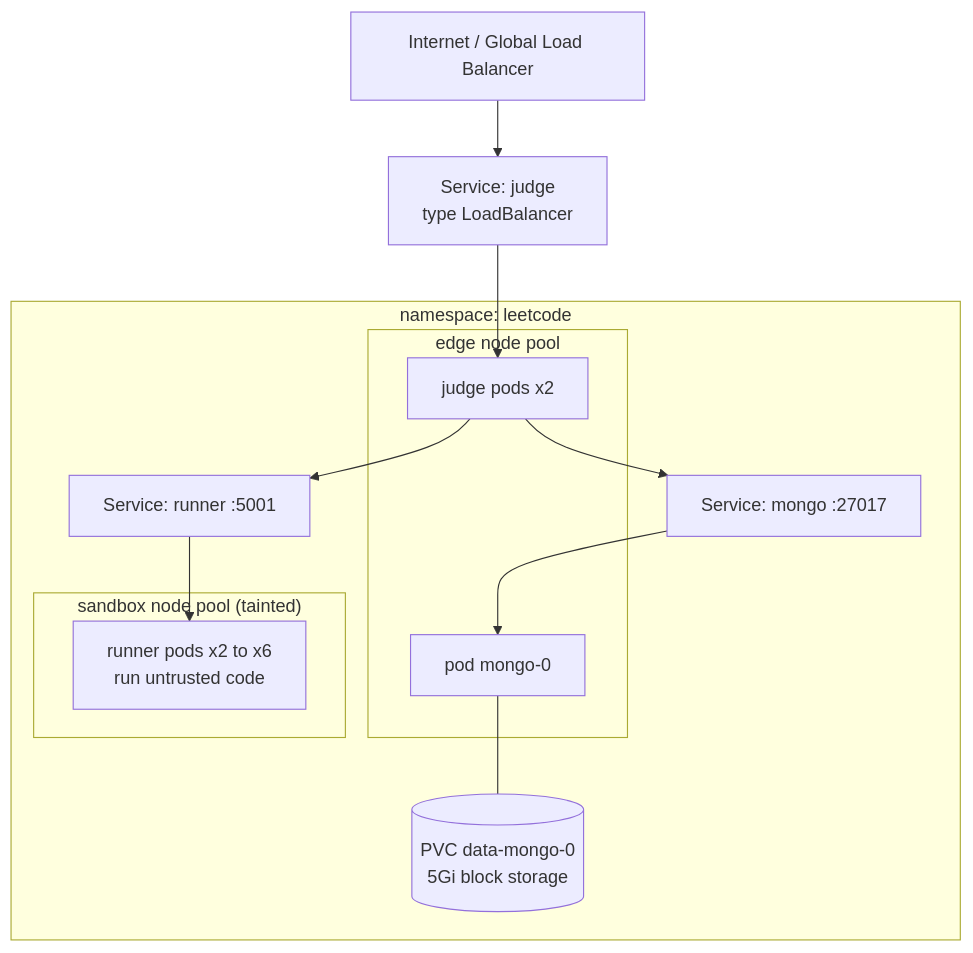
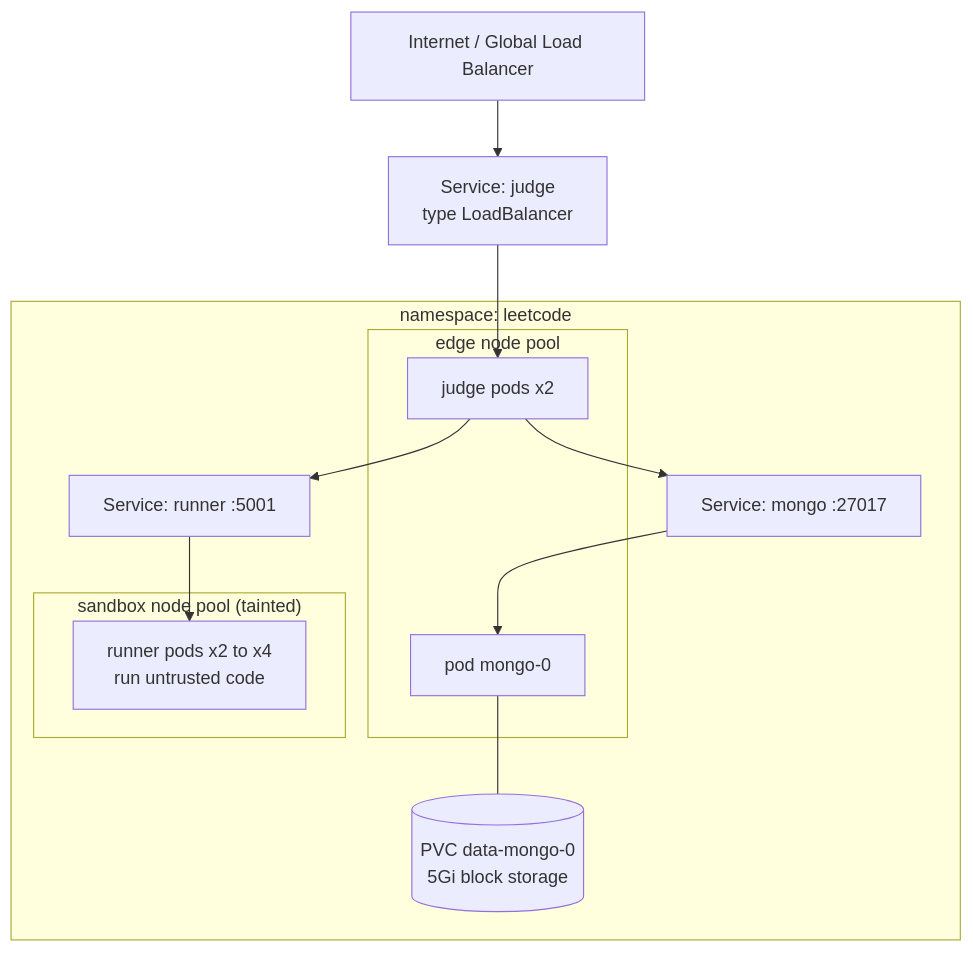
The second of 6 diagrams in leepcodev2/GUIDE.md (ShivanshKumar760/devops_v2), drawn with Mermaid before and after one commit. The commit also changed other lines of this file and 11 other files, not shown here.

````diff
--- a/leepcodev2/GUIDE.md
+++ b/leepcodev2/GUIDE.md
@@ -145,22 +126,20 @@
 ```mermaid
 flowchart TB
     net["Internet / Global Load Balancer"] --> svcj["Service: judge<br/>type LoadBalancer"]
-
     subgraph ns["namespace: leetcode"]
         subgraph edgepool["edge node pool"]
             judge["judge pods x2"]
             mongo["pod mongo-0"]
         end
         subgraph sandboxpool["sandbox node pool (tainted)"]
-            runner["runner pods x2 to x6<br/>run untrusted code"]
+            runner["runner pods x2 to x4<br/>run untrusted code"]
         end
         svcr["Service: runner :5001"]
         svcm["Service: mongo :27017"]
         pvc[("PVC data-mongo-0<br/>5Gi block storage")]
     end
-
     svcj --> judge
     judge --> svcr --> runner
     judge --> svcm --> mongo
     mongo --- pvc
 ```
````
